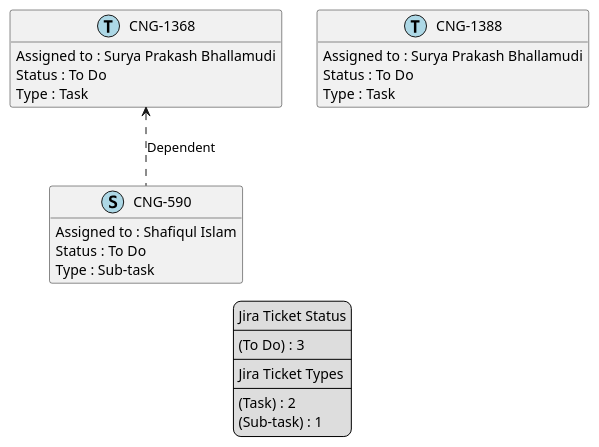
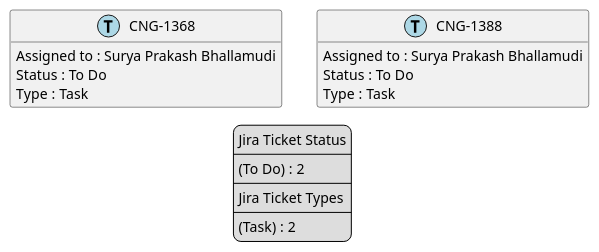
The diagram in temp/jira-Surya Prakash Bhallamudi.puml (brunasti/jiraplotter), drawn with PlantUML before and after one commit. The commit also changed 57 other files, not shown here.

```diff
--- a/temp/jira-Surya Prakash Bhallamudi.puml
+++ b/temp/jira-Surya Prakash Bhallamudi.puml
@@ -1,46 +1,38 @@
 @startuml
 'https://plantuml.com/class-diagram
 
 ' GENERATE CLASS DIAGRAM ===========
-' Generated at    : Mon Apr 15 11:44:38 CEST 2024
+' Generated at    : Mon Apr 15 12:32:40 CEST 2024
 
 hide empty members
 
 legend
 Jira Ticket Status
 ----
-(To Do) : 3
+(To Do) : 2
 ----
 Jira Ticket Types
 ----
 (Task) : 2
-(Sub-task) : 1
 end legend
 
 
 ' Tickets =======
-class "CNG-590" << (S,lightblue) >> {
-  Assigned to : Shafiqul Islam
-  Status : To Do
-  Type : Sub-task
-}
-
 class "CNG-1368" << (T,lightblue) >> {
   Assigned to : Surya Prakash Bhallamudi
   Status : To Do
   Type : Task
 }
 
 class "CNG-1388" << (T,lightblue) >> {
   Assigned to : Surya Prakash Bhallamudi
   Status : To Do
   Type : Task
 }
 
 
 
 ' Links =======
-"CNG-1368" <.. "CNG-590" : Dependent
 
 
 @enduml
```
